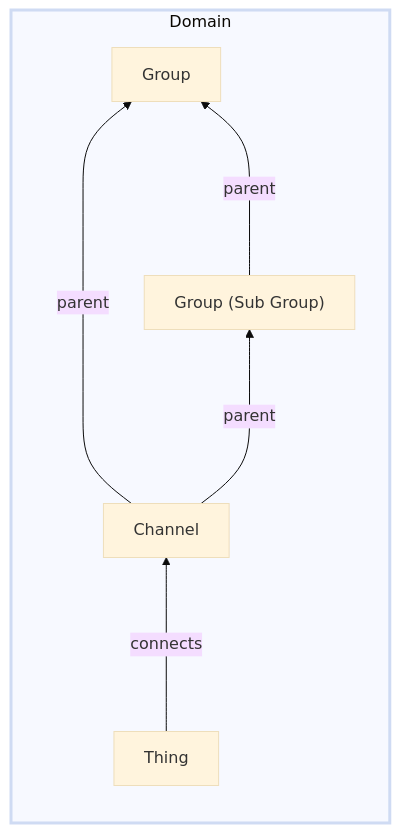
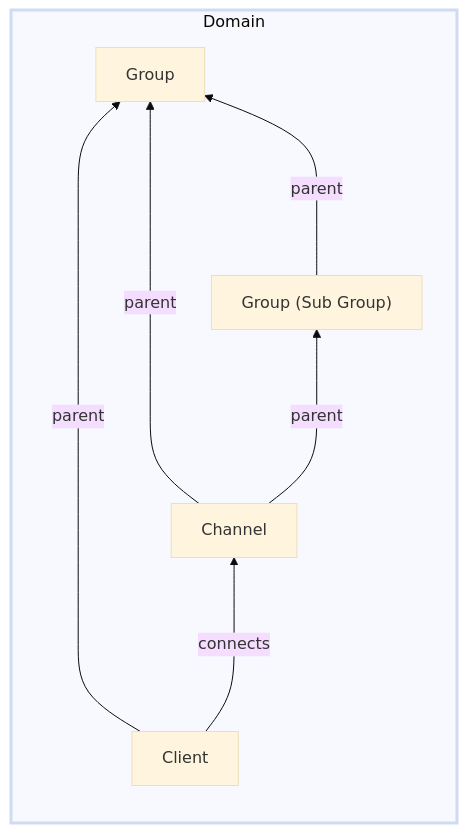
The second of 8 diagrams in docs/authorization.md (absmach/supermq-docs), drawn with Mermaid (base theme) before and after one commit. The commit also changed other lines of this file and 1 other file, not shown here.

````diff
--- a/docs/authorization.md
+++ b/docs/authorization.md
@@ -32,16 +32,17 @@
 ```mermaid
 graph
    subgraph Domain
       direction BT
       Gr[Group]
-      Th[Thing]
+      Cl[Client]
       SG["Group (Sub Group)"]
       Ch[Channel]
 
-      Th --->|connects| Ch
+      Cl --->|connects| Ch
+      Cl --->|parent| Gr
       Ch --->|parent| SG
       Ch --->|parent| Gr
       SG --->|parent| Gr
    end
 style Domain stroke-width:3px,margin-top:10px,margin-bottom:10px
 ```
````
